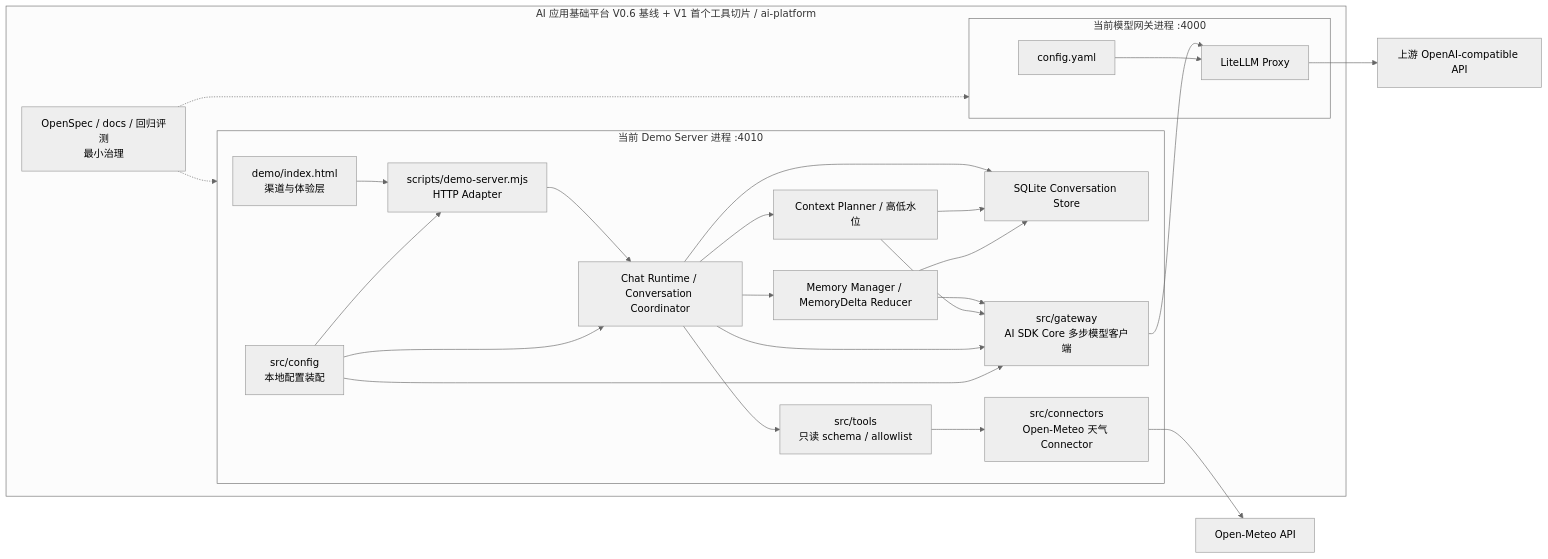
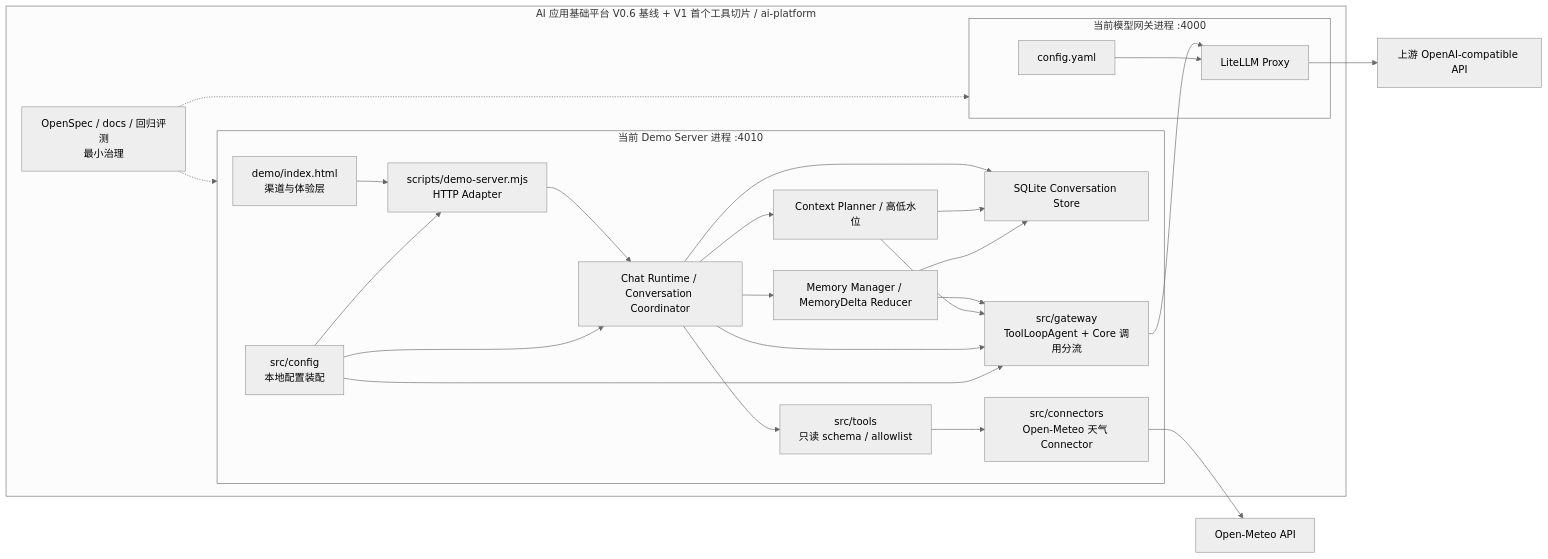
The second of 2 diagrams in docs/ai-structure.md (leidaibo-lab/ai-platform), drawn with Mermaid (neutral theme) before and after one commit. The commit also changed other lines of this file and 20 other files, not shown here.

````diff
--- a/docs/ai-structure.md
+++ b/docs/ai-structure.md
@@ -249,48 +249,48 @@
 ```mermaid
 flowchart LR
   subgraph CurrentPlatform["AI 应用基础平台 V0.6 基线 + V1 首个工具切片 / ai-platform"]
     subgraph CurrentProcess["当前 Demo Server 进程 :4010"]
       DemoUi["demo/index.html<br/>渠道与体验层"]
       HttpAdapter["scripts/demo-server.mjs<br/>HTTP Adapter"]
       RuntimeCode["Chat Runtime / Conversation Coordinator"]
       ContextPlanner["Context Planner / 高低水位"]
       MemoryManager["Memory Manager / MemoryDelta Reducer"]
       ConversationStore["SQLite Conversation Store"]
       ToolRegistry["src/tools<br/>只读 schema / allowlist"]
       WeatherConnector["src/connectors<br/>Open-Meteo 天气 Connector"]
-      GatewayClient["src/gateway<br/>AI SDK Core 多步模型客户端"]
+      GatewayClient["src/gateway<br/>ToolLoopAgent + Core 调用分流"]
       ConfigLoader["src/config<br/>本地配置装配"]
     end
 
     subgraph GatewayProcess["当前模型网关进程 :4000"]
       LiteLLM["LiteLLM Proxy"]
       GatewayConfig["config.yaml"]
     end
 
     Contract["OpenSpec / docs / 回归评测<br/>最小治理"]
   end
 
   Upstream["上游 OpenAI-compatible API"]
 
   DemoUi --> HttpAdapter
   HttpAdapter --> RuntimeCode
   RuntimeCode --> ContextPlanner
   RuntimeCode --> MemoryManager
   RuntimeCode --> ConversationStore
   ContextPlanner --> ConversationStore
   MemoryManager --> ConversationStore
   MemoryManager --> GatewayClient
   ContextPlanner --> GatewayClient
   RuntimeCode --> ToolRegistry
   ToolRegistry --> WeatherConnector
   WeatherConnector --> WeatherApi["Open-Meteo API"]
   RuntimeCode --> GatewayClient
   GatewayClient --> LiteLLM
   GatewayConfig --> LiteLLM
   LiteLLM --> Upstream
   ConfigLoader --> HttpAdapter
   ConfigLoader --> RuntimeCode
   ConfigLoader --> GatewayClient
   Contract -.-> CurrentProcess
   Contract -.-> GatewayProcess
 ```
````
